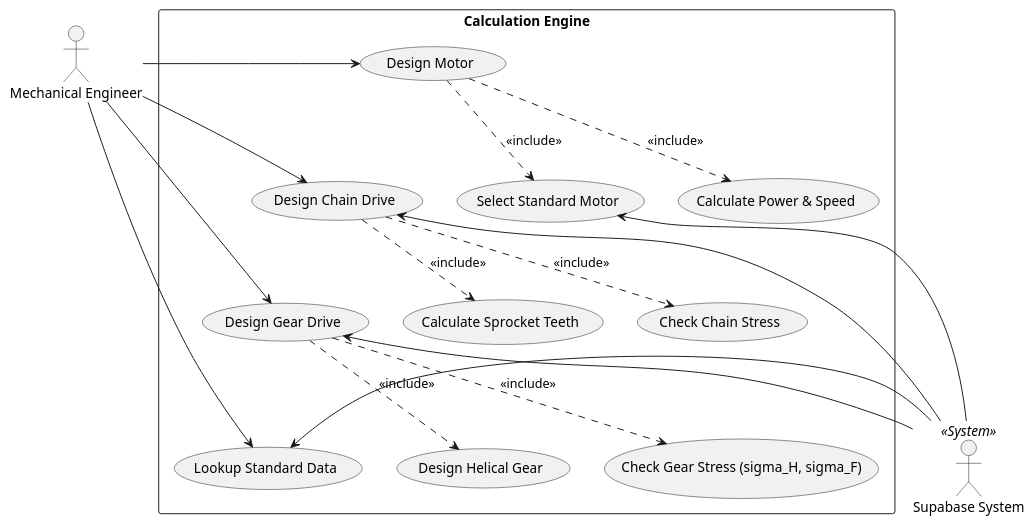
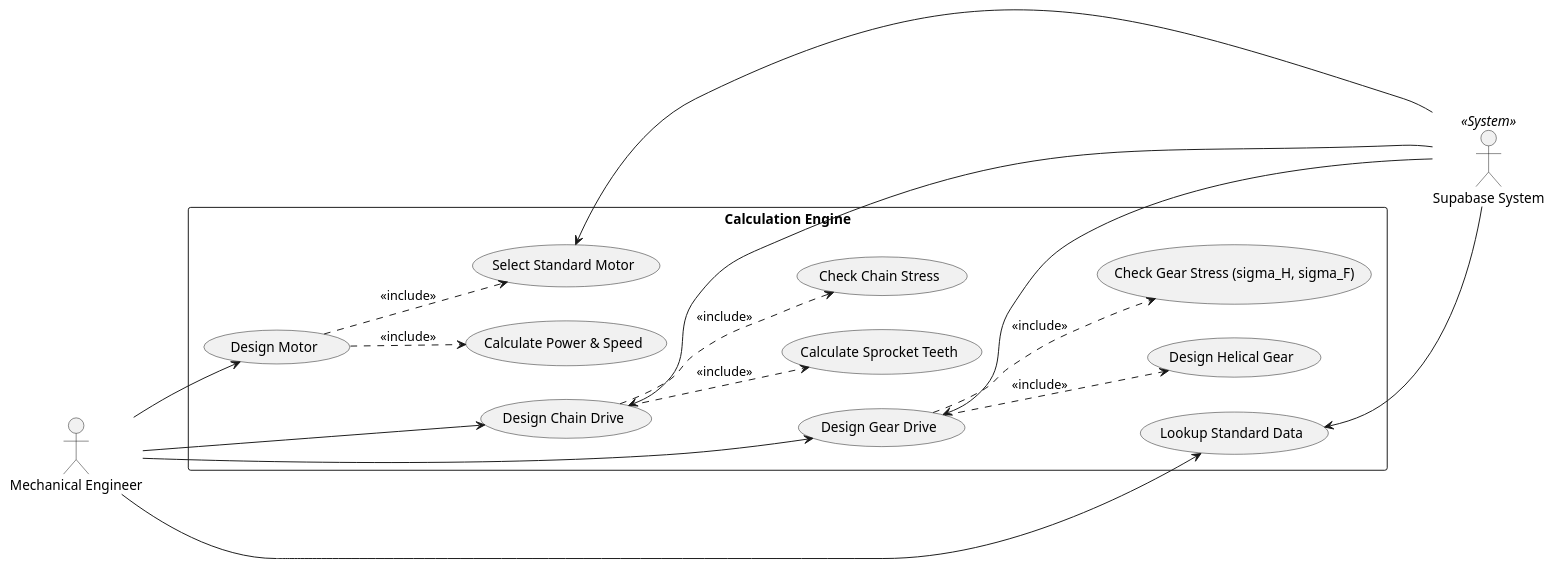
The diagram in docs/uml/uc_calc.puml (dvydinh/mechdrive), drawn with PlantUML before and after one commit. The commit also changed 7 other files, not shown here.

```diff
--- a/docs/uml/uc_calc.puml
+++ b/docs/uml/uc_calc.puml
@@ -1,46 +1,47 @@
 @startuml
+left to right direction
 skinparam packageStyle rectangle
 
 actor "Mechanical Engineer" as eng
 actor "Supabase System" as db << System >>
 
 package "Calculation Engine" {
   usecase "Design Motor" as UC1
   usecase "Calculate Power & Speed" as UC1_1
   usecase "Select Standard Motor" as UC1_2
   
   usecase "Design Chain Drive" as UC2
   usecase "Calculate Sprocket Teeth" as UC2_1
   usecase "Check Chain Stress" as UC2_2
   
   usecase "Design Gear Drive" as UC3
   usecase "Design Helical Gear" as UC3_2
   usecase "Check Gear Stress (sigma_H, sigma_F)" as UC3_3
   
   usecase "Lookup Standard Data" as UC5
 }
 
 UC1 -[hidden]down-> UC2
 UC2 -[hidden]down-> UC3
 UC3 -[hidden]down-> UC5
 
-eng -right-> UC1
-UC1 .down.> UC1_1 : <<include>>
-UC1 .down.> UC1_2 : <<include>>
+eng --> UC1
+UC1 ..> UC1_1 : <<include>>
+UC1 ..> UC1_2 : <<include>>
 
-eng -right-> UC2
-UC2 .down.> UC2_1 : <<include>>
-UC2 .down.> UC2_2 : <<include>>
+eng --> UC2
+UC2 ..> UC2_1 : <<include>>
+UC2 ..> UC2_2 : <<include>>
 
-eng -right-> UC3
-UC3 .down.> UC3_2 : <<include>>
-UC3 .down.> UC3_3 : <<include>>
+eng --> UC3
+UC3 ..> UC3_2 : <<include>>
+UC3 ..> UC3_3 : <<include>>
 
-eng -right-> UC5
+eng --> UC5
 
-db -left-> UC1_2
-db -left-> UC2
-db -left-> UC3
-db -left-> UC5
+UC1_2 <-- db
+UC2 <-- db
+UC3 <-- db
+UC5 <-- db
 
 @enduml
```
